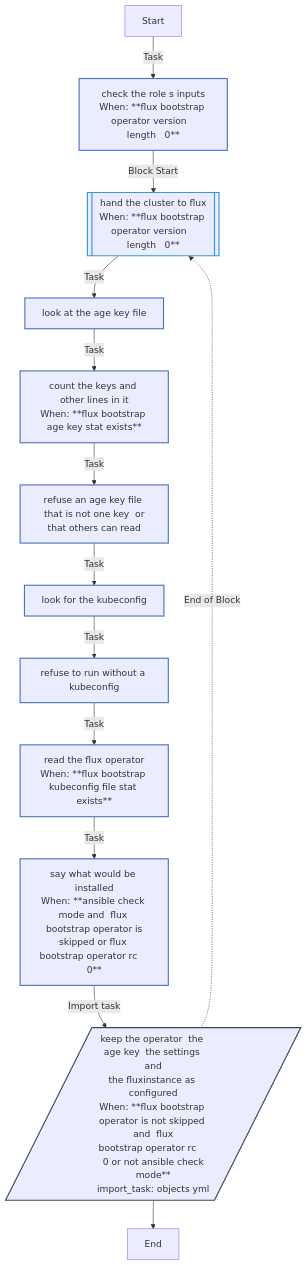
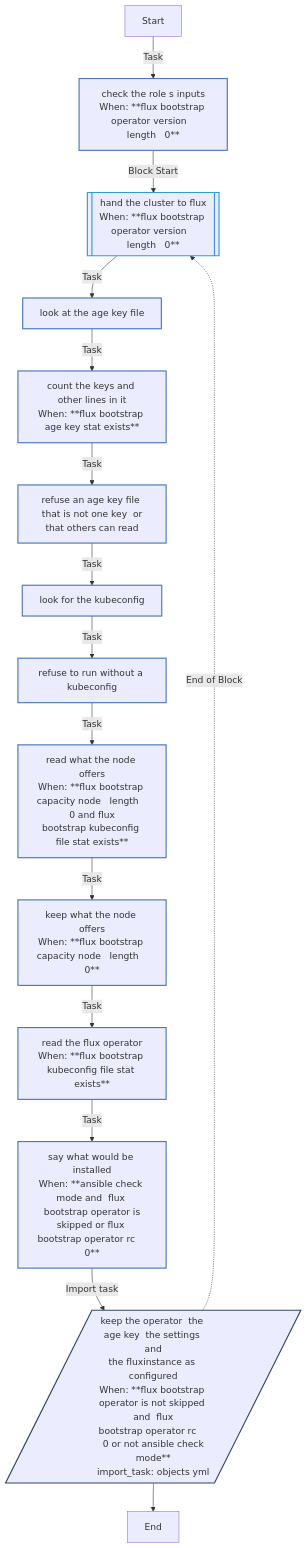
Before and after one commit to kawadeomkar/homeserver: the first of 2 diagrams in roles/flux_bootstrap/REFERENCE.md, drawn with Mermaid. The commit also changed other lines of this file and 25 other files, not shown here.

````diff
--- a/roles/flux_bootstrap/REFERENCE.md
+++ b/roles/flux_bootstrap/REFERENCE.md
@@ -215,25 +228,27 @@
 ```mermaid
 flowchart TD
 Start
 classDef block stroke:#3498db,stroke-width:2px;
 classDef task stroke:#4b76bb,stroke-width:2px;
 classDef includeTasks stroke:#16a085,stroke-width:2px;
 classDef importTasks stroke:#34495e,stroke-width:2px;
 classDef includeRole stroke:#2980b9,stroke-width:2px;
 classDef importRole stroke:#699ba7,stroke-width:2px;
 classDef includeVars stroke:#8e44ad,stroke-width:2px;
 classDef rescue stroke:#665352,stroke-width:2px;
 
   Start-->|Task| Check_the_role_s_inputs0[check the role s inputs<br>When: **flux bootstrap operator version   length   0**]:::task
   Check_the_role_s_inputs0-->|Block Start| Hand_the_cluster_to_Flux1_block_start_0[[hand the cluster to flux<br>When: **flux bootstrap operator version   length   0**]]:::block
   Hand_the_cluster_to_Flux1_block_start_0-->|Task| Look_at_the_age_key_file0[look at the age key file]:::task
   Look_at_the_age_key_file0-->|Task| Count_the_keys_and_other_lines_in_it1[count the keys and other lines in it<br>When: **flux bootstrap age key stat exists**]:::task
   Count_the_keys_and_other_lines_in_it1-->|Task| Refuse_an_age_key_file_that_is_not_one_key__or_that_others_can_read2[refuse an age key file that is not one key  or<br>that others can read]:::task
   Refuse_an_age_key_file_that_is_not_one_key__or_that_others_can_read2-->|Task| Look_for_the_kubeconfig3[look for the kubeconfig]:::task
   Look_for_the_kubeconfig3-->|Task| Refuse_to_run_without_a_kubeconfig4[refuse to run without a kubeconfig]:::task
-  Refuse_to_run_without_a_kubeconfig4-->|Task| Read_the_Flux_Operator5[read the flux operator<br>When: **flux bootstrap kubeconfig file stat exists**]:::task
-  Read_the_Flux_Operator5-->|Task| Say_what_would_be_installed6[say what would be installed<br>When: **ansible check mode and  flux bootstrap operator is<br>skipped or flux bootstrap operator rc    0**]:::task
-  Say_what_would_be_installed6-->|Import task| Keep_the_operator__the_age_key__the_settings_and_the_FluxInstance_as_configured_objects_yml_7[/keep the operator  the age key  the settings and<br>the fluxinstance as configured<br>When: **flux bootstrap operator is not skipped and  flux<br>bootstrap operator rc    0 or not ansible check<br>mode**<br>import_task: objects yml/]:::importTasks
-  Keep_the_operator__the_age_key__the_settings_and_the_FluxInstance_as_configured_objects_yml_7-.->|End of Block| Hand_the_cluster_to_Flux1_block_start_0
-  Keep_the_operator__the_age_key__the_settings_and_the_FluxInstance_as_configured_objects_yml_7-->End
+  Refuse_to_run_without_a_kubeconfig4-->|Task| Read_what_the_node_offers5[read what the node offers<br>When: **flux bootstrap capacity node   length   0 and flux<br>bootstrap kubeconfig file stat exists**]:::task
+  Read_what_the_node_offers5-->|Task| Keep_what_the_node_offers6[keep what the node offers<br>When: **flux bootstrap capacity node   length   0**]:::task
+  Keep_what_the_node_offers6-->|Task| Read_the_Flux_Operator7[read the flux operator<br>When: **flux bootstrap kubeconfig file stat exists**]:::task
+  Read_the_Flux_Operator7-->|Task| Say_what_would_be_installed8[say what would be installed<br>When: **ansible check mode and  flux bootstrap operator is<br>skipped or flux bootstrap operator rc    0**]:::task
+  Say_what_would_be_installed8-->|Import task| Keep_the_operator__the_age_key__the_settings_and_the_FluxInstance_as_configured_objects_yml_9[/keep the operator  the age key  the settings and<br>the fluxinstance as configured<br>When: **flux bootstrap operator is not skipped and  flux<br>bootstrap operator rc    0 or not ansible check<br>mode**<br>import_task: objects yml/]:::importTasks
+  Keep_the_operator__the_age_key__the_settings_and_the_FluxInstance_as_configured_objects_yml_9-.->|End of Block| Hand_the_cluster_to_Flux1_block_start_0
+  Keep_the_operator__the_age_key__the_settings_and_the_FluxInstance_as_configured_objects_yml_9-->End
 ```
````
